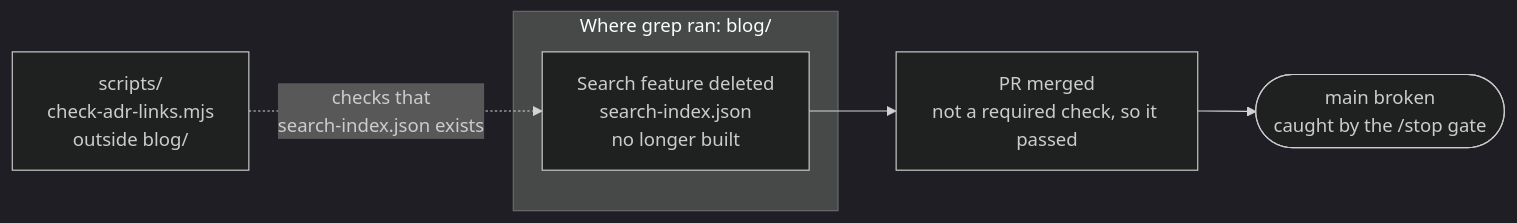
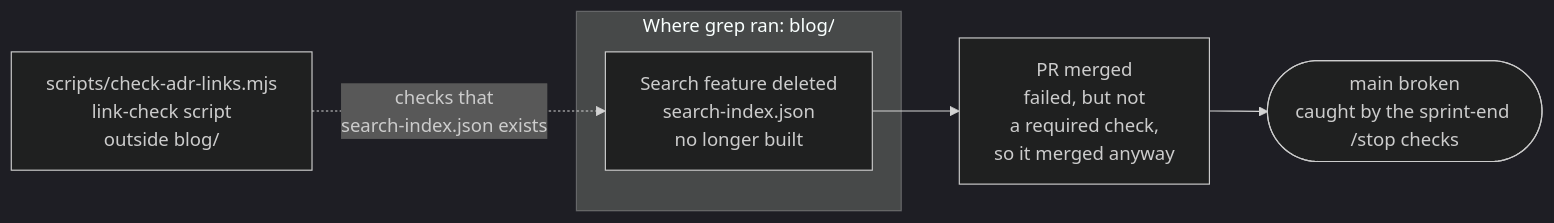
Before and after one commit to tpals0409/Leo-s-Build-Log: the diagram in content/posts/deleting-with-discipline/diagrams/scope.en.mmd, drawn with Mermaid (dark theme). The commit also changed 82 other files, not shown here.

```diff
--- a/content/posts/deleting-with-discipline/diagrams/scope.en.mmd
+++ b/content/posts/deleting-with-discipline/diagrams/scope.en.mmd
@@ -1,7 +1,7 @@
 flowchart LR
   subgraph IN["Where grep ran: blog/"]
     DEL[Search feature deleted<br/>search-index.json<br/>no longer built]
   end
-  OUT["scripts/<br/>check-adr-links.mjs<br/>outside blog/"] -.->|checks that<br/>search-index.json exists| DEL
-  DEL --> PR[PR merged<br/>not a required check, so it passed]
-  PR --> M([main broken<br/>caught by the /stop gate])
+  OUT["scripts/check-adr-links.mjs<br/>link-check script<br/>outside blog/"] -.->|checks that<br/>search-index.json exists| DEL
+  DEL --> PR[PR merged<br/>failed, but not<br/>a required check,<br/>so it merged anyway]
+  PR --> M([main broken<br/>caught by the sprint-end /stop checks])
```
